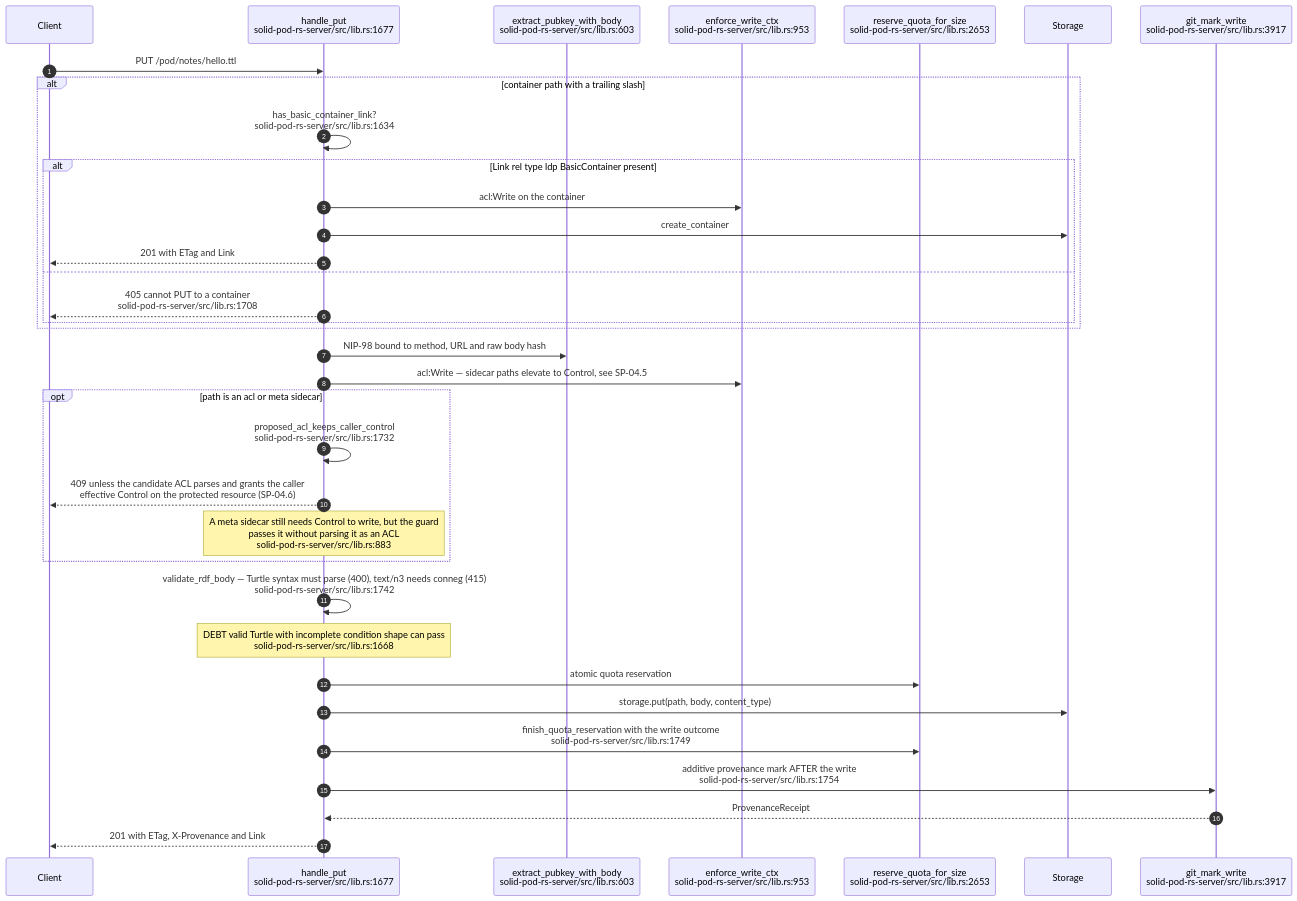
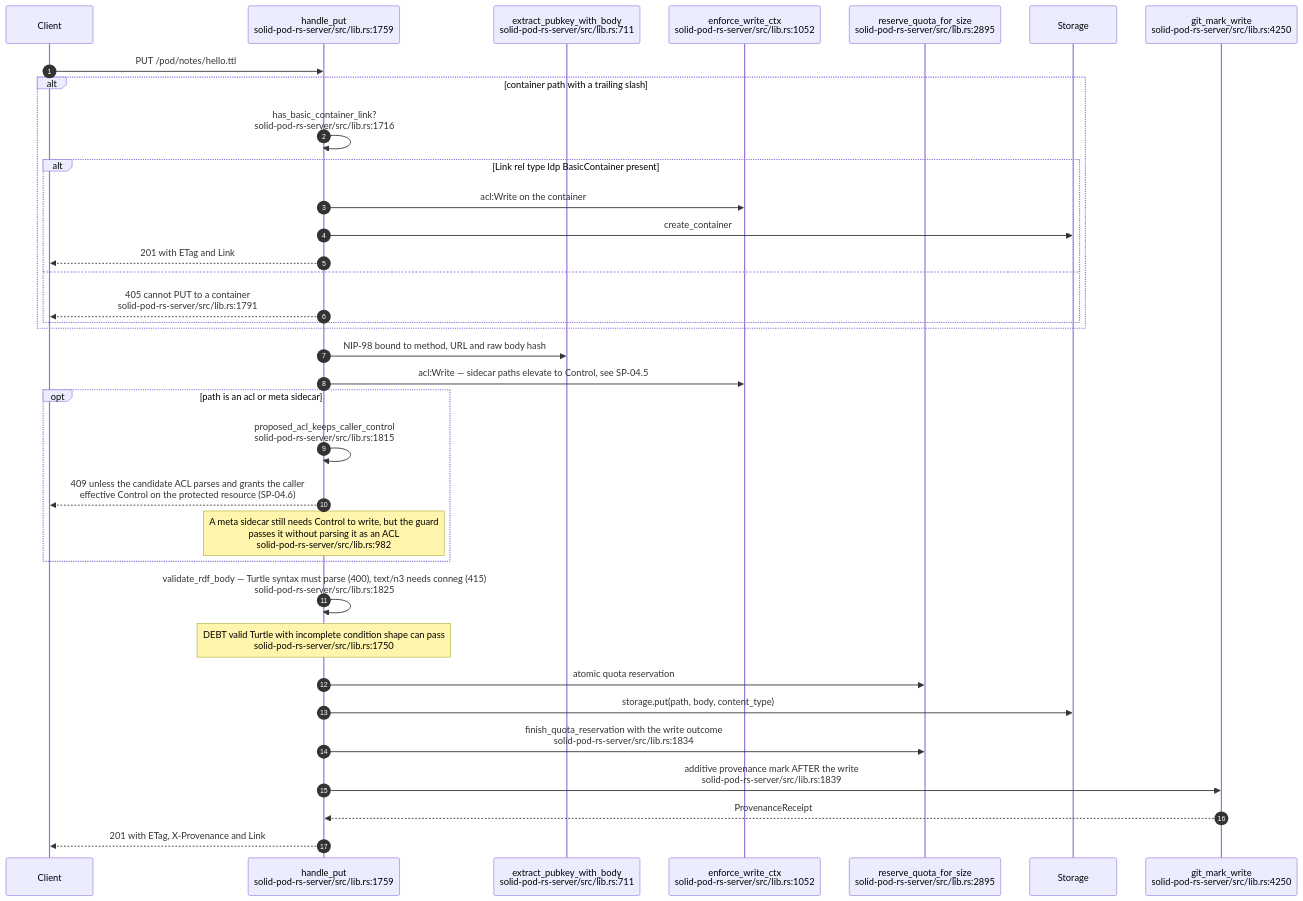
The third of 11 diagrams in docs/diagrams/solid-pod-rs/03-ldp-request-lifecycle.md (DreamLab-AI/VisionFlow), drawn with Mermaid before and after one commit. The commit also changed other lines of this file and 59 other files, not shown here.

First line of the commit message:
docs(diagrams): re-derive and re-stamp forum, website, pod, ontomark and sealmap topics

````diff
--- a/docs/diagrams/solid-pod-rs/03-ldp-request-lifecycle.md
+++ b/docs/diagrams/solid-pod-rs/03-ldp-request-lifecycle.md
@@ -87,38 +88,38 @@
 ```mermaid
 sequenceDiagram
     autonumber
     participant C as Client
-    participant P as handle_put<br/>solid-pod-rs-server/src/lib.rs:1677
-    participant AU as extract_pubkey_with_body<br/>solid-pod-rs-server/src/lib.rs:603
-    participant W as enforce_write_ctx<br/>solid-pod-rs-server/src/lib.rs:953
-    participant Q as reserve_quota_for_size<br/>solid-pod-rs-server/src/lib.rs:2653
+    participant P as handle_put<br/>solid-pod-rs-server/src/lib.rs:1759
+    participant AU as extract_pubkey_with_body<br/>solid-pod-rs-server/src/lib.rs:711
+    participant W as enforce_write_ctx<br/>solid-pod-rs-server/src/lib.rs:1052
+    participant Q as reserve_quota_for_size<br/>solid-pod-rs-server/src/lib.rs:2895
     participant S as Storage
-    participant GM as git_mark_write<br/>solid-pod-rs-server/src/lib.rs:3917
+    participant GM as git_mark_write<br/>solid-pod-rs-server/src/lib.rs:4250
 
     C->>P: PUT /pod/notes/hello.ttl
     alt container path with a trailing slash
-        P->>P: has_basic_container_link?<br/>solid-pod-rs-server/src/lib.rs:1634
+        P->>P: has_basic_container_link?<br/>solid-pod-rs-server/src/lib.rs:1716
         alt Link rel type ldp BasicContainer present
             P->>W: acl:Write on the container
             P->>S: create_container
             P-->>C: 201 with ETag and Link
         else
-            P-->>C: 405 cannot PUT to a container<br/>solid-pod-rs-server/src/lib.rs:1708
+            P-->>C: 405 cannot PUT to a container<br/>solid-pod-rs-server/src/lib.rs:1791
         end
     end
     P->>AU: NIP-98 bound to method, URL and raw body hash
     P->>W: acl:Write — sidecar paths elevate to Control, see SP-04.5
     opt path is an acl or meta sidecar
-        P->>P: proposed_acl_keeps_caller_control<br/>solid-pod-rs-server/src/lib.rs:1732
+        P->>P: proposed_acl_keeps_caller_control<br/>solid-pod-rs-server/src/lib.rs:1815
         P-->>C: 409 unless the candidate ACL parses and grants the caller<br/>effective Control on the protected resource (SP-04.6)
-        Note over P: A meta sidecar still needs Control to write, but the guard<br/>passes it without parsing it as an ACL<br/>solid-pod-rs-server/src/lib.rs:883
+        Note over P: A meta sidecar still needs Control to write, but the guard<br/>passes it without parsing it as an ACL<br/>solid-pod-rs-server/src/lib.rs:982
     end
-    P->>P: validate_rdf_body — Turtle syntax must parse (400), text/n3 needs conneg (415)<br/>solid-pod-rs-server/src/lib.rs:1742
-    Note over P: DEBT valid Turtle with incomplete condition shape can pass<br/>solid-pod-rs-server/src/lib.rs:1668
+    P->>P: validate_rdf_body — Turtle syntax must parse (400), text/n3 needs conneg (415)<br/>solid-pod-rs-server/src/lib.rs:1825
+    Note over P: DEBT valid Turtle with incomplete condition shape can pass<br/>solid-pod-rs-server/src/lib.rs:1750
     P->>Q: atomic quota reservation
     P->>S: storage.put(path, body, content_type)
-    P->>Q: finish_quota_reservation with the write outcome<br/>solid-pod-rs-server/src/lib.rs:1749
-    P->>GM: additive provenance mark AFTER the write<br/>solid-pod-rs-server/src/lib.rs:1754
+    P->>Q: finish_quota_reservation with the write outcome<br/>solid-pod-rs-server/src/lib.rs:1834
+    P->>GM: additive provenance mark AFTER the write<br/>solid-pod-rs-server/src/lib.rs:1839
     GM-->>P: ProvenanceReceipt
     P-->>C: 201 with ETag, X-Provenance and Link
 ```
````
